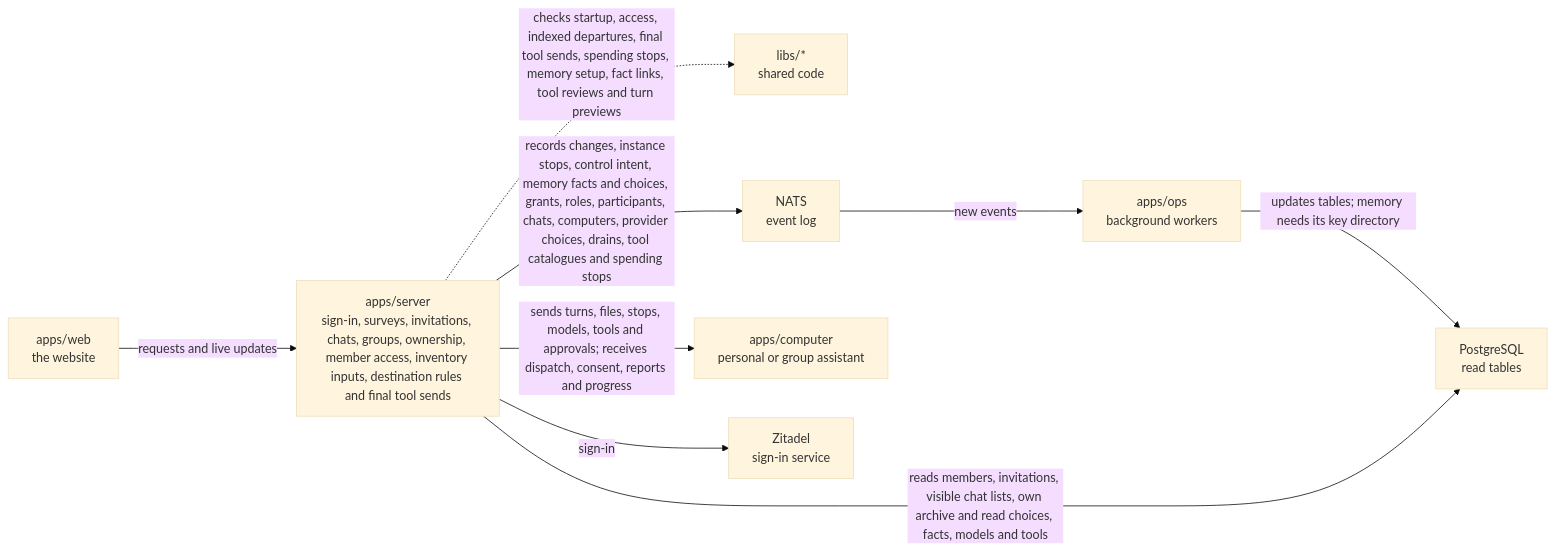
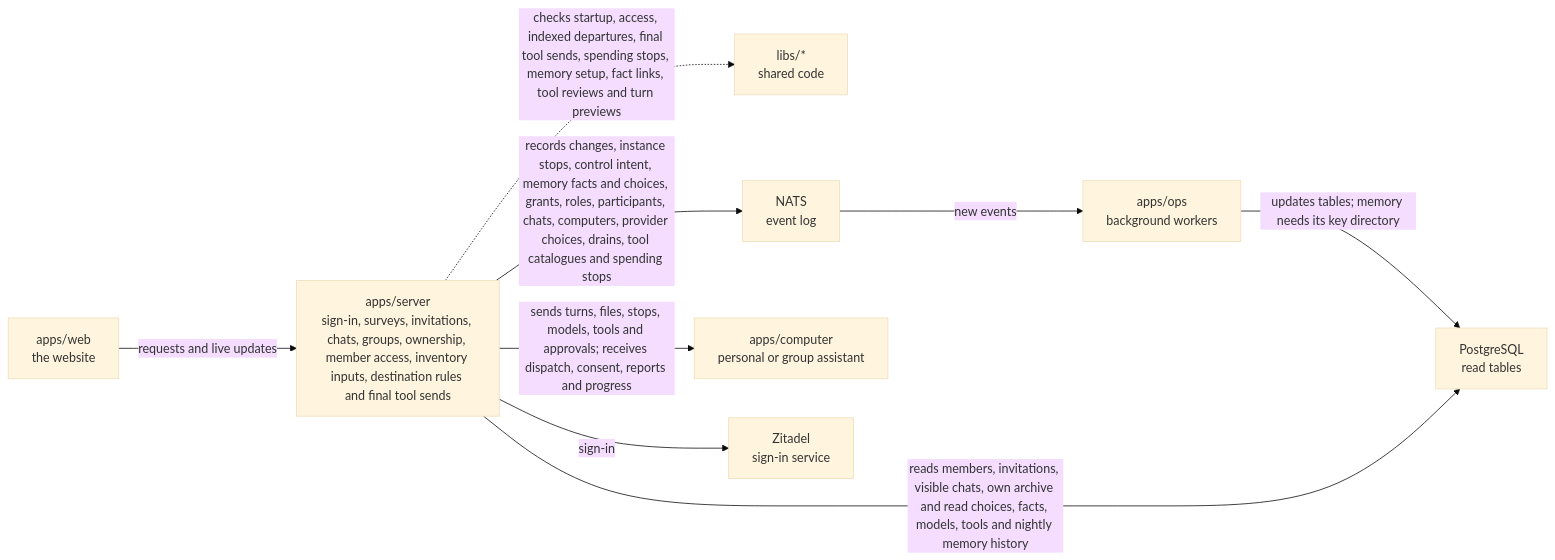
Before and after one commit to elewa-git/opencrane-new: the diagram in apps/server/README.md, drawn with Mermaid (base theme). The commit also changed other lines of this file and 26 other files, not shown here.

Commit message:
🌙 Record nightly memory intents and private blocked or missed history

````diff
--- a/apps/server/README.md
+++ b/apps/server/README.md
@@ -11,11 +11,11 @@
 ```mermaid
 flowchart LR
   web["apps/web<br/>the website"] -->|requests and live updates| server["apps/server<br/>sign-in, surveys, invitations, chats, groups, ownership, member access, inventory inputs, destination rules and final tool sends"]
   server -.->|checks startup, access, indexed departures, final tool sends, spending stops, memory setup, fact links, tool reviews and turn previews| libs["libs/*<br/>shared code"]
   server -->|records changes, instance stops, control intent, memory facts and choices, grants, roles, participants, chats, computers, provider choices, drains, tool catalogues and spending stops| nats["NATS<br/>event log"]
   nats -->|new events| ops["apps/ops<br/>background workers"]
   ops -->|updates tables; memory needs its key directory| postgres["PostgreSQL<br/>read tables"]
-  server -->|reads members, invitations, visible chat lists, own archive and read choices, facts, models and tools| postgres
+  server -->|reads members, invitations, visible chats, own archive and read choices, facts, models, tools and nightly memory history| postgres
   server -->|sends turns, files, stops, models, tools and approvals; receives dispatch, consent, reports and progress| computer["apps/computer<br/>personal or group assistant"]
   server -->|sign-in| zitadel["Zitadel<br/>sign-in service"]
 ```
````
